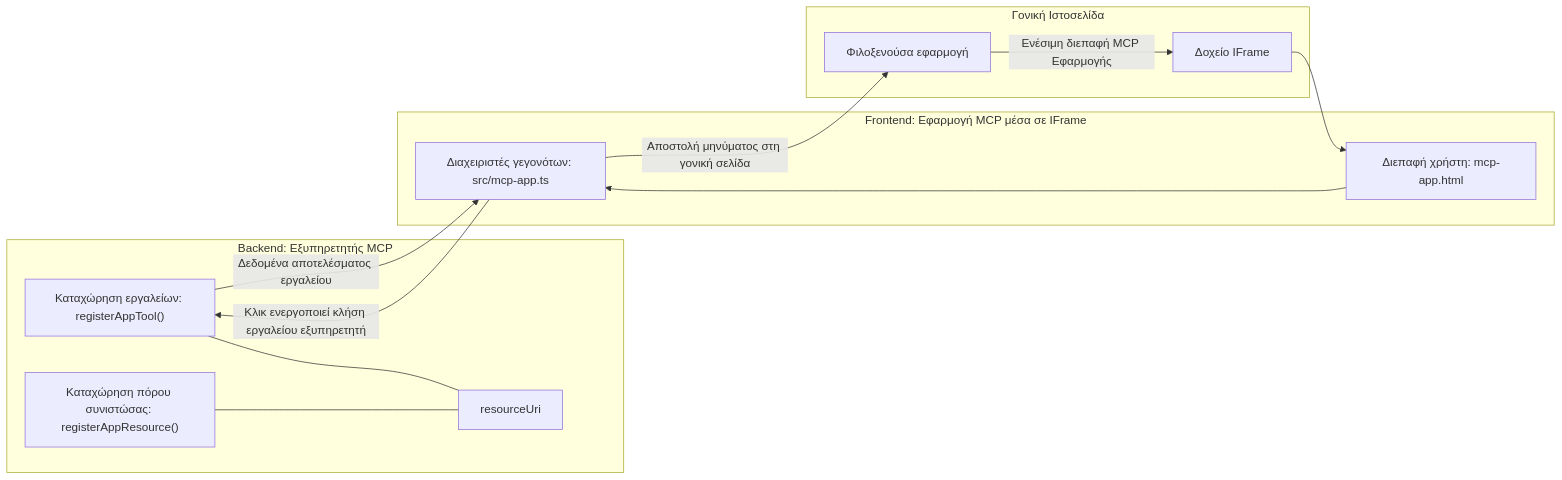
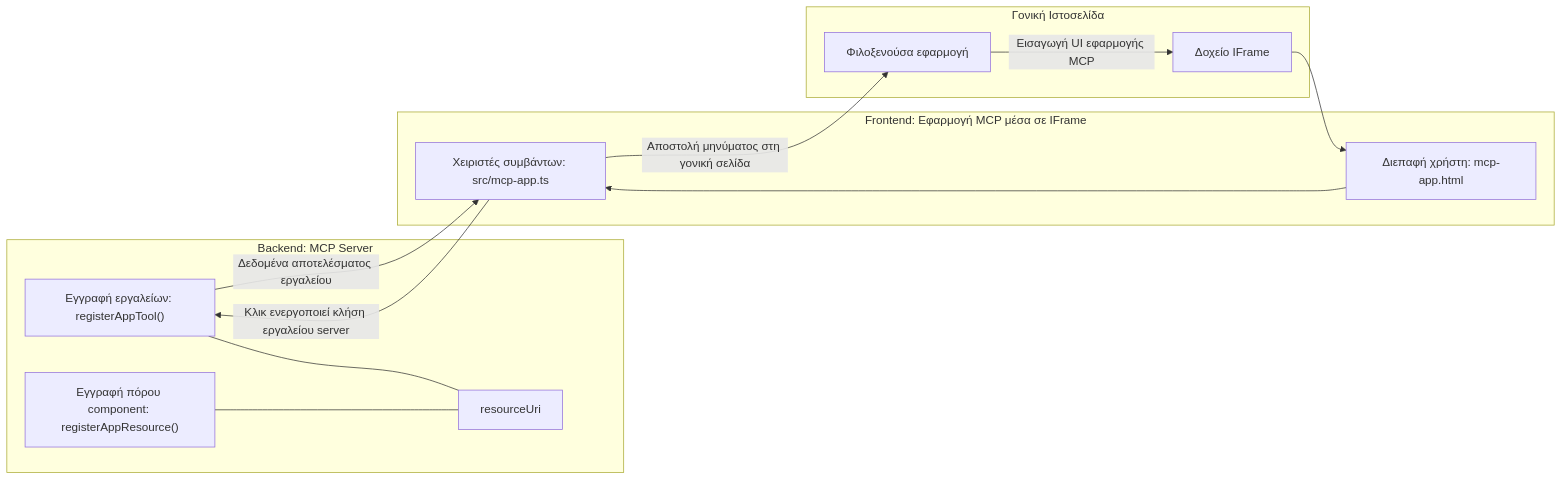
The diagram in mcp_ecosystem__model_context_protocol/mcp_learning_resources/mcp-for-beginners/translations/el/03-GettingStarted/15-mcp-apps/README.md (HIDORAKAI002/ai-workspace-archive), drawn with Mermaid before and after one commit. The commit also changed other lines of this file and 1160 other files, not shown here.

````diff
--- a/mcp_ecosystem__model_context_protocol/mcp_learning_resources/mcp-for-beginners/translations/el/03-GettingStarted/15-mcp-apps/README.md
+++ b/mcp_ecosystem__model_context_protocol/mcp_learning_resources/mcp-for-beginners/translations/el/03-GettingStarted/15-mcp-apps/README.md
@@ -32,27 +32,27 @@
 ```mermaid
 flowchart LR
-  subgraph Backend[Backend: Εξυπηρετητής MCP]
-    T["Καταχώρηση εργαλείων: registerAppTool()"]
-    C["Καταχώρηση πόρου συνιστώσας: registerAppResource()"]
+  subgraph Backend[Backend: MCP Server]
+    T["Εγγραφή εργαλείων: registerAppTool()"]
+    C["Εγγραφή πόρου component: registerAppResource()"]
     U[resourceUri]
     T --- U
     C --- U
   end
 
   subgraph Parent[Γονική Ιστοσελίδα]
     H[Φιλοξενούσα εφαρμογή]
     IFRAME[Δοχείο IFrame]
-    H -->|Ενέσιμη διεπαφή MCP Εφαρμογής| IFRAME
+    H -->|Εισαγωγή UI εφαρμογής MCP| IFRAME
   end
 
   subgraph Frontend[Frontend: Εφαρμογή MCP μέσα σε IFrame]
     UI["Διεπαφή χρήστη: mcp-app.html"]
-    EH["Διαχειριστές γεγονότων: src/mcp-app.ts"]
+    EH["Χειριστές συμβάντων: src/mcp-app.ts"]
     UI --> EH
   end
 
   IFRAME --> UI
-  EH -->|Κλικ ενεργοποιεί κλήση εργαλείου εξυπηρετητή| T
+  EH -->|Κλικ ενεργοποιεί κλήση εργαλείου server| T
   T -->|Δεδομένα αποτελέσματος εργαλείου| EH
   EH -->|Αποστολή μηνύματος στη γονική σελίδα| H
 ```
````
